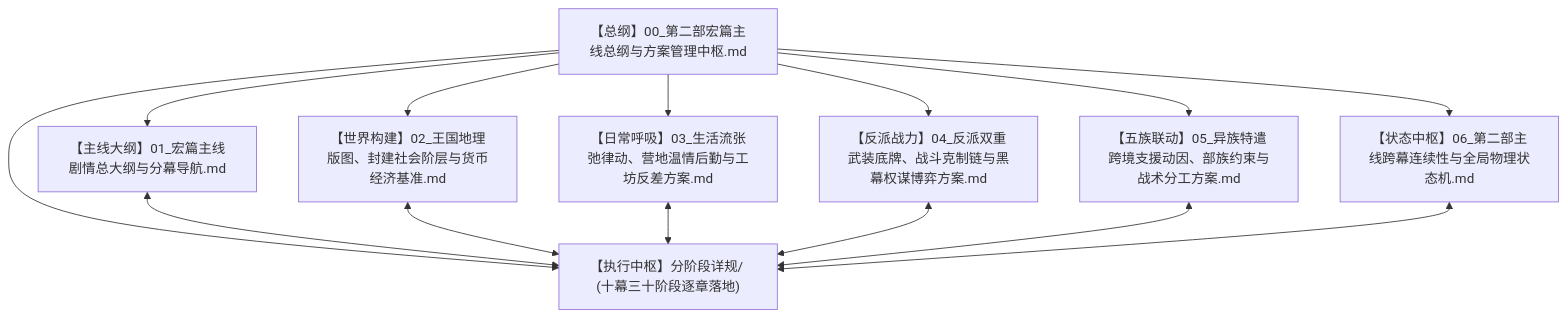
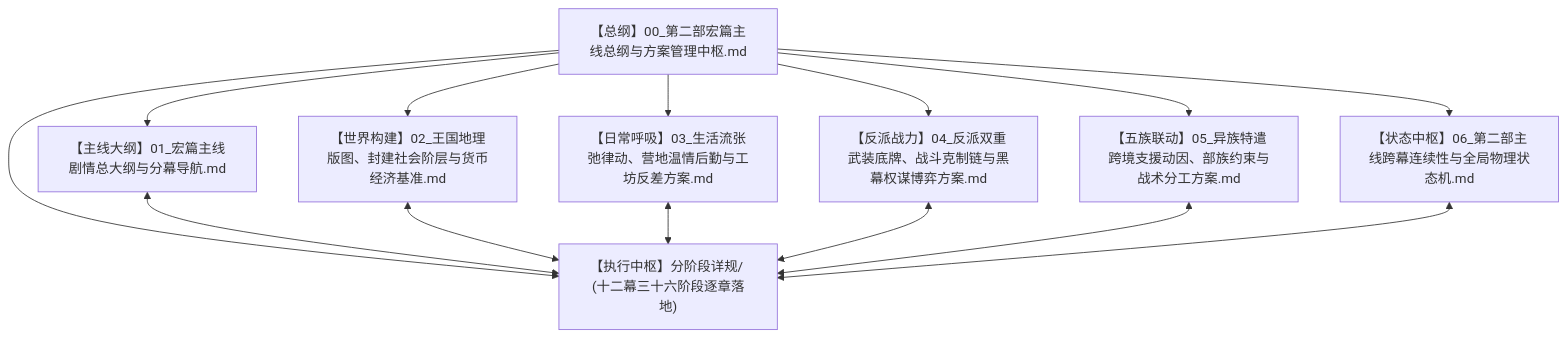
One commit to soranokiseki1437/eldoria-worldbook changed the first of 5 diagrams in 方案/第二部/主线与世界扩充方案/00_第二部宏篇主线总纲与方案管理中枢.md. Above: the diagram before and after it, drawn with Mermaid. The commit also changed other lines of this file and 221 other files, not shown here.

````diff
--- a/方案/第二部/主线与世界扩充方案/00_第二部宏篇主线总纲与方案管理中枢.md
+++ b/方案/第二部/主线与世界扩充方案/00_第二部宏篇主线总纲与方案管理中枢.md
@@ -13,28 +13,28 @@
 ```mermaid
 graph TD
     Root["【总纲】00_第二部宏篇主线总纲与方案管理中枢.md"]
     
     Sub1["【主线大纲】01_宏篇主线剧情总大纲与分幕导航.md"]
     Sub2["【世界构建】02_王国地理版图、封建社会阶层与货币经济基准.md"]
     Sub3["【日常呼吸】03_生活流张弛律动、营地温情后勤与工坊反差方案.md"]
     Sub4["【反派战力】04_反派双重武装底牌、战斗克制链与黑幕权谋博弈方案.md"]
     Sub5["【五族联动】05_异族特遣跨境支援动因、部族约束与战术分工方案.md"]
     Sub6["【状态中枢】06_第二部主线跨幕连续性与全局物理状态机.md"]
     
-    Stages["【执行中枢】分阶段详规/ (十幕三十阶段逐章落地)"]
+    Stages["【执行中枢】分阶段详规/ (十二幕三十六阶段逐章落地)"]
 
     Root --> Sub1
     Root --> Sub2
     Root --> Sub3
     Root --> Sub4
     Root --> Sub5
     Root --> Sub6
     Root --> Stages
 
     Sub1 <--> Stages
     Sub2 <--> Stages
     Sub3 <--> Stages
     Sub4 <--> Stages
     Sub5 <--> Stages
     Sub6 <--> Stages
 ```
````
